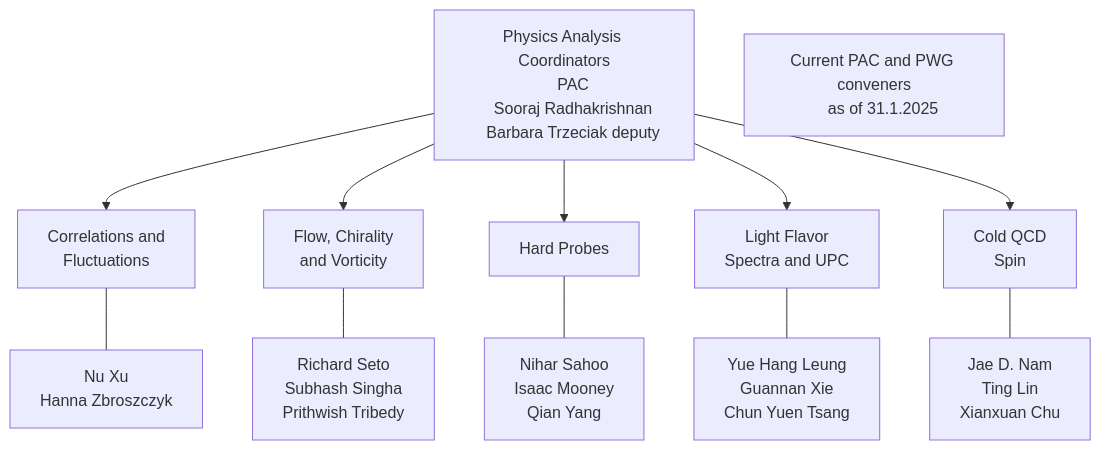
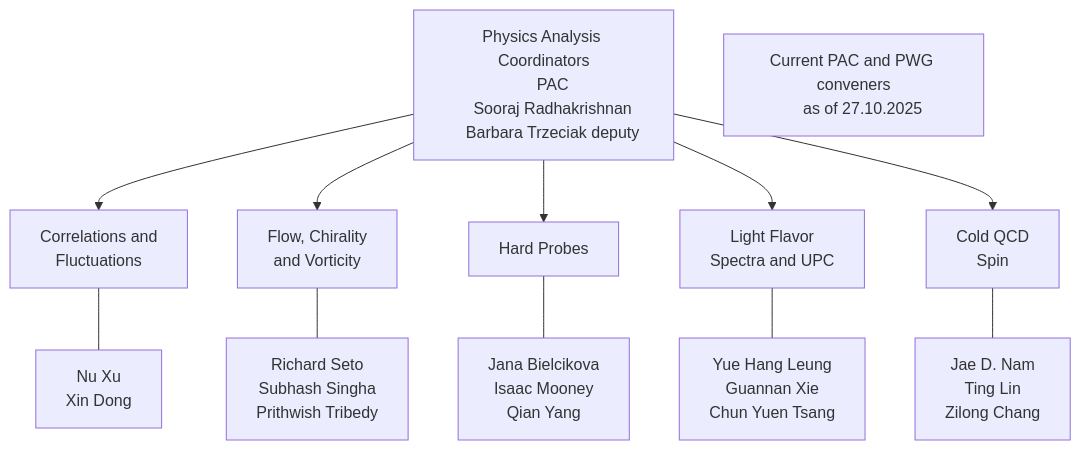
One commit to star-juniors/star-juniors.github.io changed the diagram in docs/publication.md. Above: the diagram before and after it, drawn with Mermaid.

Commit message:
Revise PWG conveners and update date
Updated conveners for PWG1, PWG3, and the note date.

````diff
--- a/docs/publication.md
+++ b/docs/publication.md
@@ -49,33 +49,33 @@
 ```mermaid
 flowchart TD
     PAC[Physics Analysis Coordinators
     PAC
     Sooraj Radhakrishnan
     Barbara Trzeciak deputy] --> PWG1
     PAC --> PWG2
     PAC --> PWG3
     PAC --> PWG4
     PAC --> PWG5
     
     PWG1[Correlations and
     Fluctuations] --- CONV1[Nu Xu
-    Hanna Zbroszczyk]
+    Xin Dong]
     PWG2[Flow, Chirality
     and Vorticity] --- CONV2[Richard Seto
     Subhash Singha
     Prithwish Tribedy]
-    PWG3[Hard Probes] --- CONV3[Nihar Sahoo
+    PWG3[Hard Probes] --- CONV3[Jana Bielcikova
     Isaac Mooney
     Qian Yang]
     PWG4[Light Flavor
     Spectra and UPC] --- CONV4[Yue Hang Leung
     Guannan Xie
     Chun Yuen Tsang]
     PWG5[Cold QCD
      Spin] --- CONV5[Jae D. Nam
     Ting Lin
-    Xianxuan Chu]
+    Zilong Chang]
     
     NOTE[Current PAC and PWG conveners
-    as of 31.1.2025]
+    as of 27.10.2025]
 ```
````
